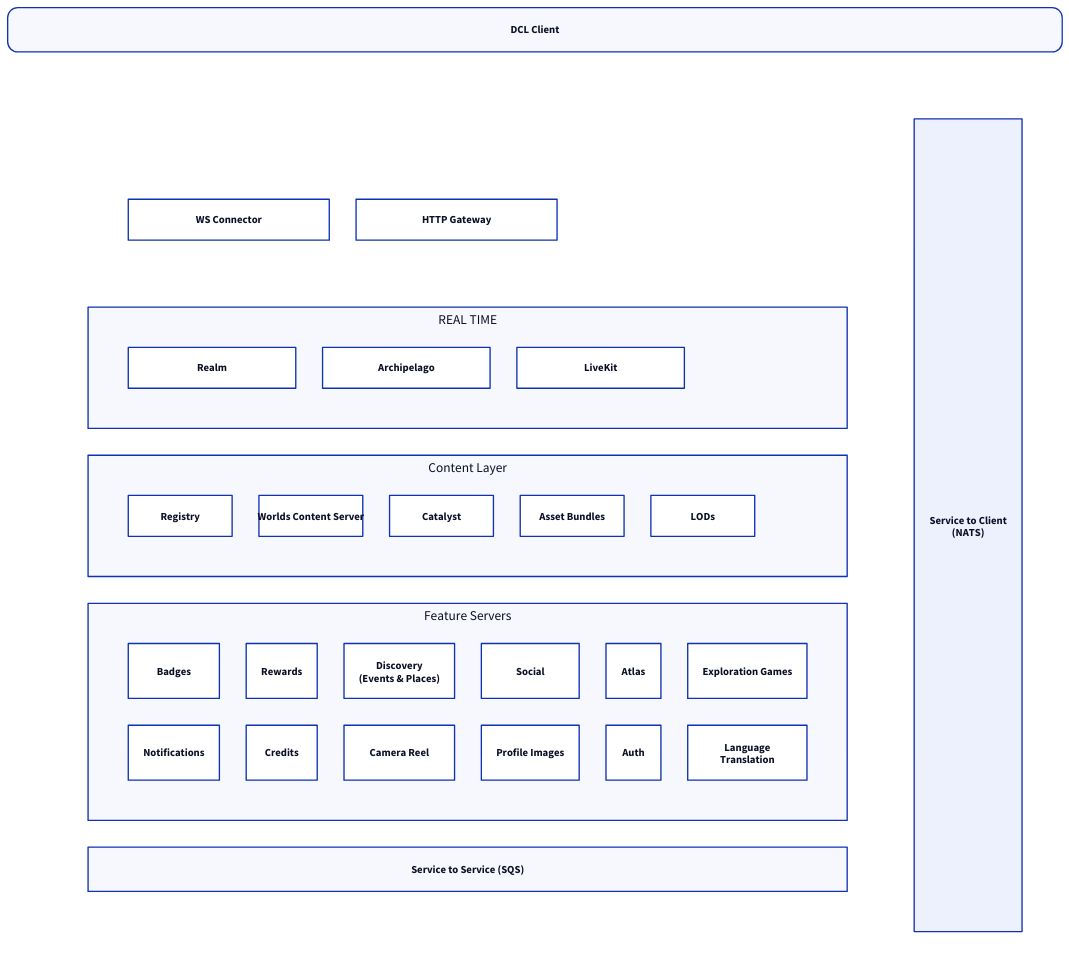
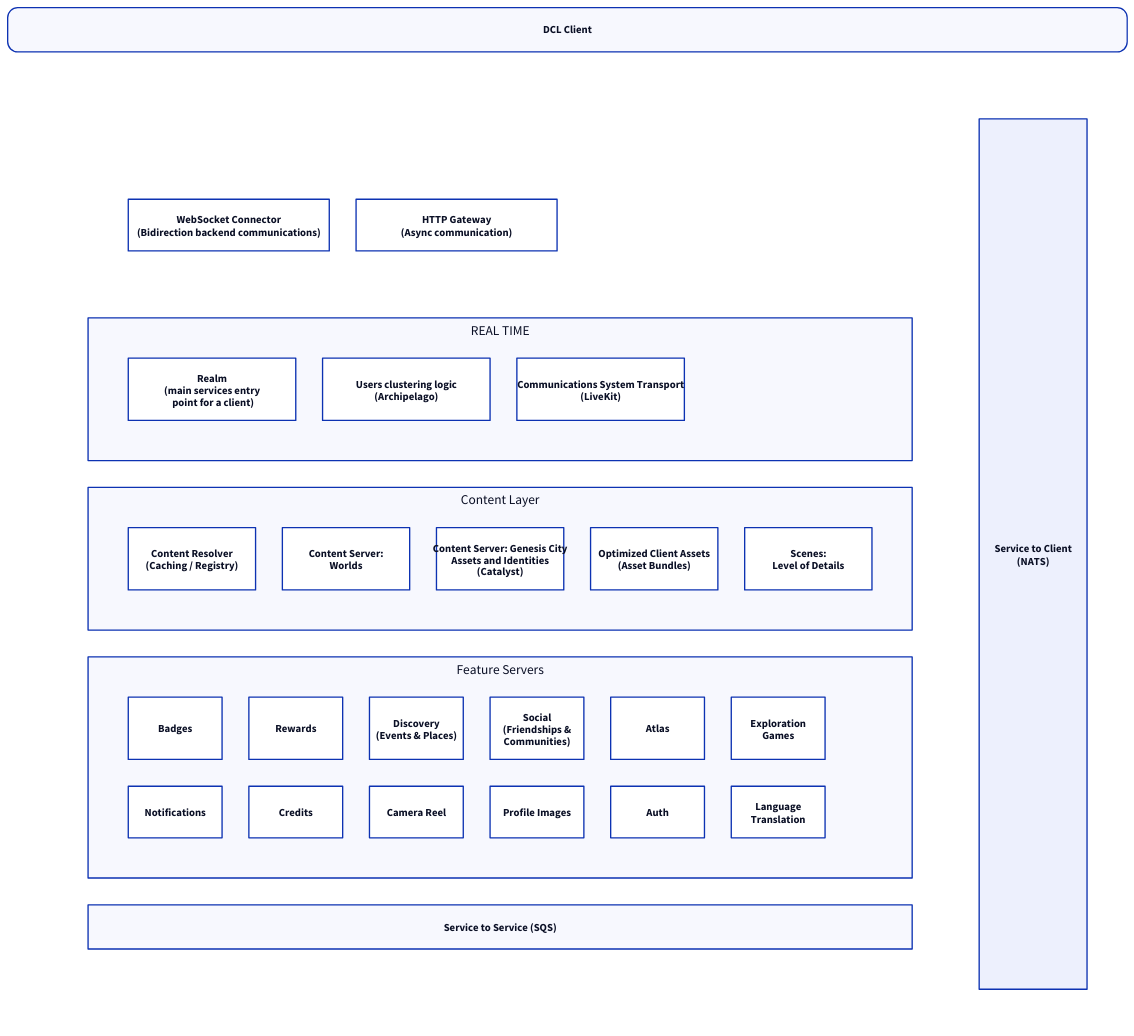
One commit to decentraland/architecture changed the diagram in architecture.d2. Above: the diagram before and after it, drawn with D2. The commit also changed 1 other file, not shown here.

```diff
--- a/architecture.d2
+++ b/architecture.d2
@@ -1,91 +1,99 @@
 # Decentraland Platform Architecture
 #
 # Render: d2 architecture.d2 architecture.svg --sketch
 # Install: https://d2lang.com/tour/install
 
 grid-rows: 2
 
 # =============================================================================
 # Client (full width, top)
 # =============================================================================
 
 client: DCL Client {
   style.border-radius: 15
 }
 
 # =============================================================================
 # Middle section: layers (left) + NATS sidebar (right)
 # =============================================================================
 
 middle: "" {
   grid-columns: 2
   style.stroke-width: 0
   style.fill: transparent
 
   # Left column: stacked layers
   stack: "" {
     grid-rows: 5
     style.stroke-width: 0
     style.fill: transparent
 
     connectors: "" {
       grid-columns: 2
       style.stroke-width: 0
       style.fill: transparent
 
-      ws: WS Connector {
+      ws: "WebSocket Connector\n(Bidirection backend communications)" {
         width: 300
       }
-      http: HTTP Gateway {
+      http: "HTTP Gateway\n(Async communication)" {
         width: 300
       }
     }
 
     realtime: REAL TIME {
       grid-columns: 3
 
-      realm: Realm { width: 250 }
-      archipelago: Archipelago { width: 250 }
-      livekit: LiveKit { width: 250 }
+      realm: "Realm\n(main services entry\n point for a client)" { width: 250 }
+      archipelago: "Users clustering logic\n(Archipelago)" { width: 250 }
+      livekit: "Communications System Transport\n(LiveKit)" { width: 250 }
     }
 
     content: Content Layer {
       grid-columns: 5
 
-      registry: Registry { width: 155 }
-      worlds: Worlds Content Server { width: 155 }
-      catalyst: Catalyst { width: 155 }
-      ab: Asset Bundles { width: 155 }
-      lods: LODs { width: 155 }
+      registry: "Content Resolver\n(Caching / Registry)" { width: 190 }
+      worlds: "Content Server:\nWorlds" { width: 190 }
+      catalyst: "Content Server: Genesis City\nAssets and Identities\n(Catalyst)" { width: 190 }
+      ab: "Optimized Client Assets\n(Asset Bundles)" { width: 190 }
+      lods: "Scenes:\nLevel of Details" { width: 190 }
     }
 
     features: Feature Servers {
       grid-columns: 6
       grid-rows: 2
 
-      badges: Badges
-      notifications: Notifications
-      rewards: Rewards
-      credits: Credits
+      badges: Badges { width: 140 }
+      notifications: Notifications { width: 140 }
+      rewards: Rewards { width: 140 }
+      credits: Credits { width: 140 }
       discovery: "Discovery\n(Events & Places)" {
         shape: rectangle
+        width: 140
       }
-      camera-reel: Camera Reel
-      social: Social
-      profile-images: Profile Images
-      atlas: Atlas
-      auth: Auth
-      exploration-games: Exploration Games
+      camera-reel: "Camera Reel" { width: 140 }
+      social: "Social\n(Friendships &\nCommunities)" {
+        shape: rectangle
+        width: 140
+      }
+      profile-images: "Profile Images" { width: 140 }
+      atlas: Atlas { width: 140 }
+      auth: Auth { width: 140 }
+      exploration-games: "Exploration\nGames" {
+        shape: rectangle
+        width: 140
+      }
       translation: "Language\nTranslation" {
         shape: rectangle
+        width: 140
       }
     }
 
     sqs: Service to Service (SQS)
   }
 
   # Right column: NATS vertical sidebar
   nats: "Service to Client\n(NATS)" {
     shape: rectangle
   }
 }
```
